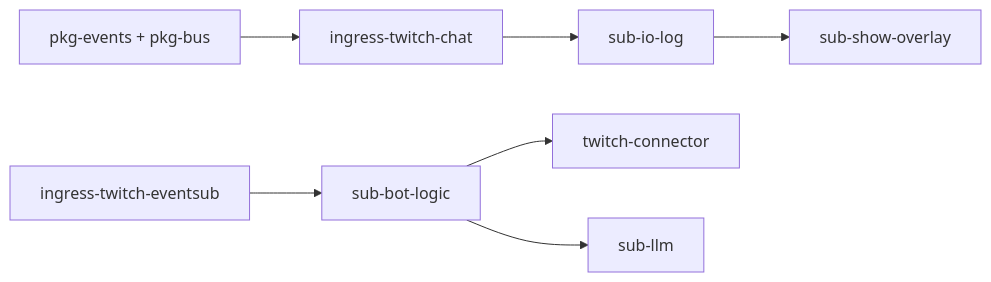
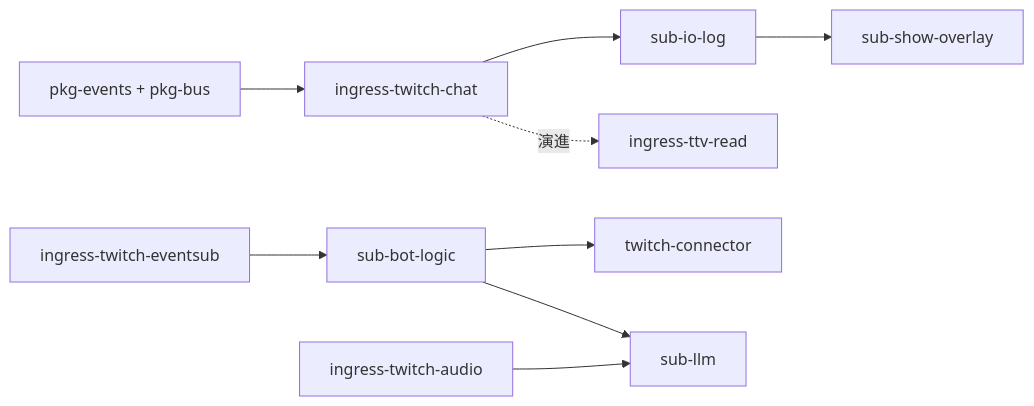
One commit to skymiku39/streamer_toolbox changed the diagram in docs/checklists/pub-sub-writing.md. Above: the diagram before and after it, drawn with Mermaid. The commit also changed other lines of this file and 4 other files, not shown here.

````diff
--- a/docs/checklists/pub-sub-writing.md
+++ b/docs/checklists/pub-sub-writing.md
@@ -423,16 +475,20 @@
 ```mermaid
 flowchart LR
     P0[pkg-events + pkg-bus]
     P1[ingress-twitch-chat]
     S1[sub-io-log]
     S2[sub-show-overlay]
+    P2a[ingress-ttv-read]
     P2[ingress-twitch-eventsub]
     S3[sub-bot-logic]
     S4[twitch-connector]
+    P5[ingress-twitch-audio]
     S5[sub-llm]
 
     P0 --> P1 --> S1
+    P1 -.->|演進| P2a
     S1 --> S2
     P2 --> S3 --> S4
+    P5 --> S5
     S3 --> S5
 ```
````
